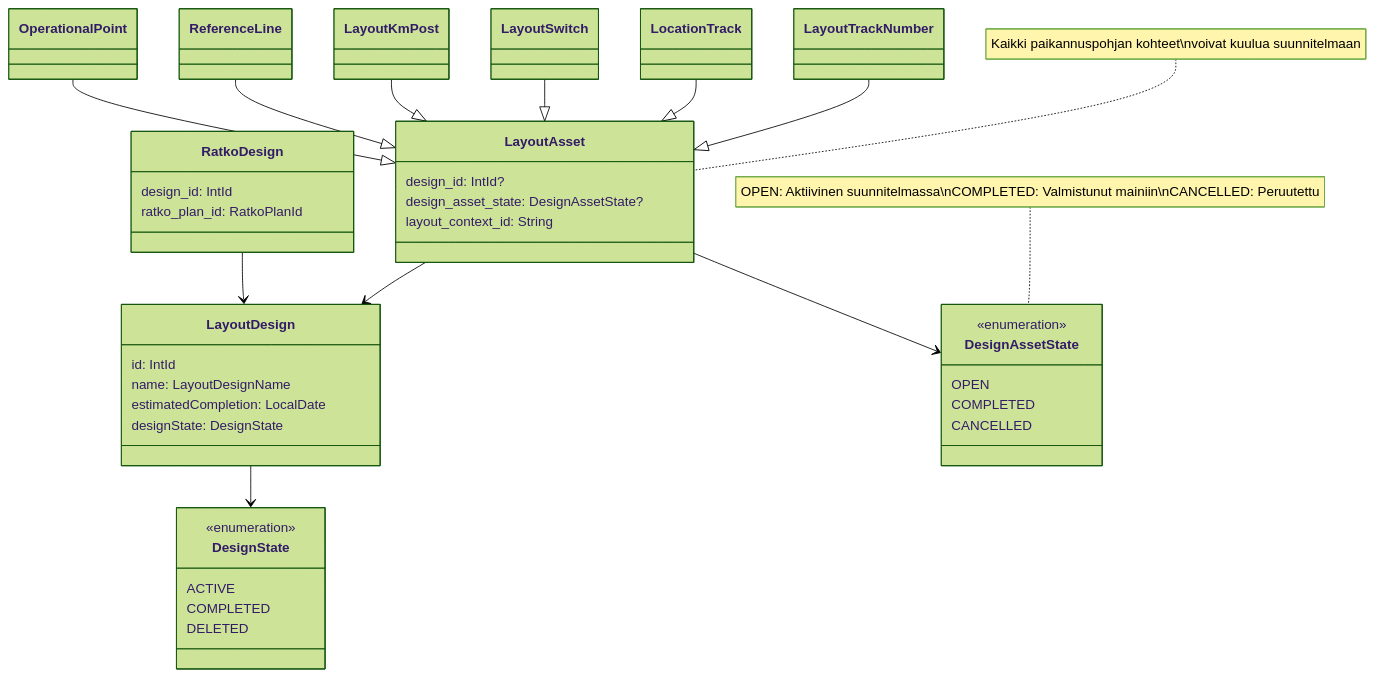
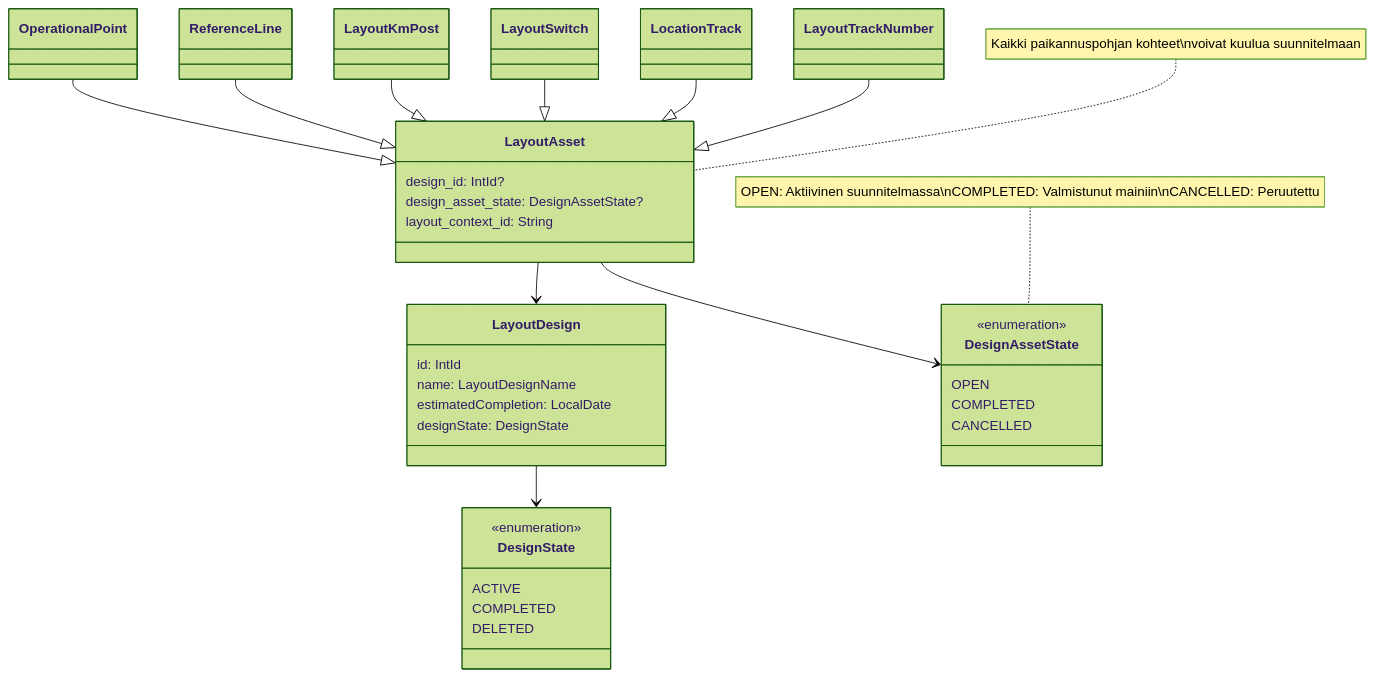
Before and after one commit to finnishtransportagency/geoviite: the third of 3 diagrams in doc/suunnitelmatila.md, drawn with Mermaid (forest theme). The commit also changed other lines of this file, not shown here.

Commit message:
GVT-3158: Remove references to ratko push, also do other smaller iterations

````diff
--- a/doc/suunnitelmatila.md
+++ b/doc/suunnitelmatila.md
@@ -134,56 +123,50 @@
 ```mermaid
 classDiagram
     class LayoutDesign {
         id: IntId
         name: LayoutDesignName
         estimatedCompletion: LocalDate
         designState: DesignState
     }
     
     class DesignState {
         <<enumeration>>
         ACTIVE
         COMPLETED
         DELETED
     }
     
     class DesignAssetState {
         <<enumeration>>
         OPEN
         COMPLETED
         CANCELLED
     }
     
     class LayoutAsset {
         design_id: IntId?
         design_asset_state: DesignAssetState?
         layout_context_id: String
     }
     
-    class RatkoDesign {
-        design_id: IntId
-        ratko_plan_id: RatkoPlanId
-    }
-    
     class LayoutTrackNumber
     class LocationTrack
     class LayoutSwitch
     class LayoutKmPost
     class ReferenceLine
     class OperationalPoint
     
     LayoutDesign --> DesignState
     LayoutAsset --> DesignAssetState
     LayoutAsset --> LayoutDesign
-    RatkoDesign --> LayoutDesign
     
     LayoutTrackNumber --|> LayoutAsset
     LocationTrack --|> LayoutAsset
     LayoutSwitch --|> LayoutAsset
     LayoutKmPost --|> LayoutAsset
     ReferenceLine --|> LayoutAsset
     OperationalPoint --|> LayoutAsset
     
     note for LayoutAsset "Kaikki paikannuspohjan kohteet\nvoivat kuulua suunnitelmaan"
     note for DesignAssetState "OPEN: Aktiivinen suunnitelmassa\nCOMPLETED: Valmistunut mainiin\nCANCELLED: Peruutettu"
 ```
````
